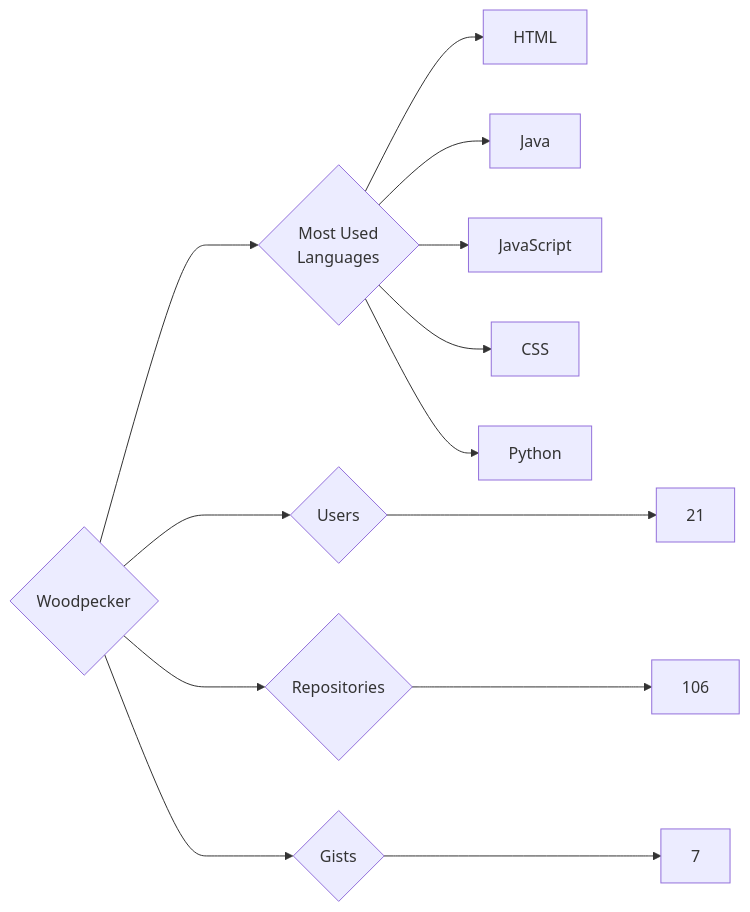
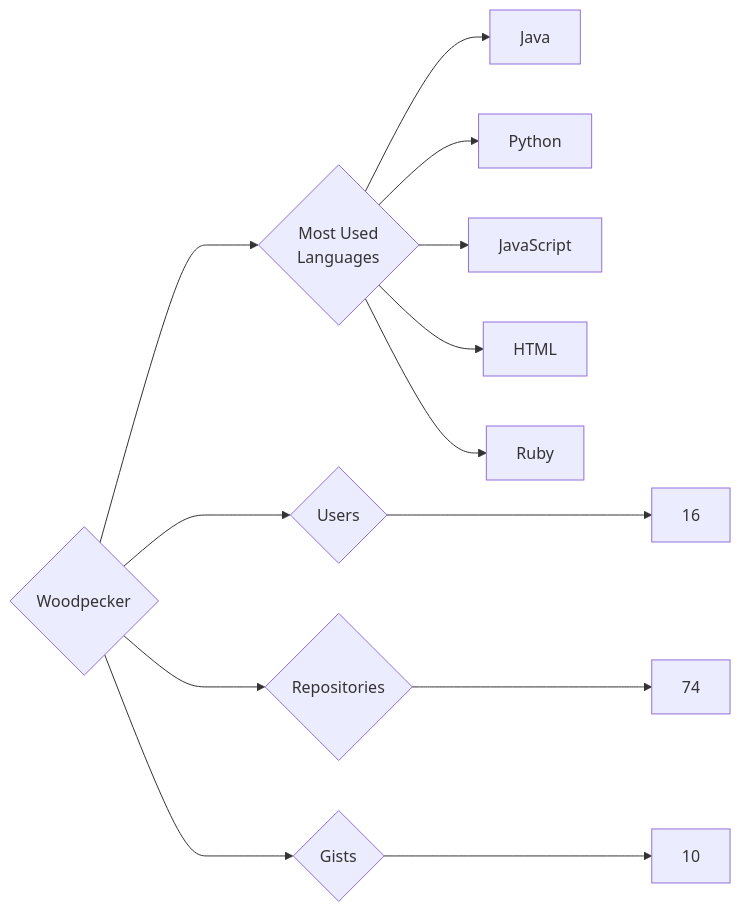
The diagram in targets/Woodpecker/README.md (trickest/insiders), drawn with Mermaid before and after one commit. The commit also changed 912 other files, not shown here.

````diff
--- a/targets/Woodpecker/README.md
+++ b/targets/Woodpecker/README.md
@@ -3,13 +3,13 @@
 ```mermaid
 graph LR
 COMPANY_NAME{Woodpecker}
-COMPANY_NAME ---> U{Users} ---> UN[21]
-COMPANY_NAME ---> R{Repositories} ---> RN[106]
-COMPANY_NAME ---> G{Gists} ---> GN[7]
+COMPANY_NAME ---> U{Users} ---> UN[16]
+COMPANY_NAME ---> R{Repositories} ---> RN[74]
+COMPANY_NAME ---> G{Gists} ---> GN[10]
 COMPANY_NAME ---> ML{Most Used<br>Languages}
+ML --> Java[Java]
+ML --> Python[Python]
+ML --> JavaScript[JavaScript]
 ML --> HTML[HTML]
-ML --> Java[Java]
-ML --> JavaScript[JavaScript]
-ML --> CSS[CSS]
-ML --> Python[Python]
+ML --> Ruby[Ruby]
 ```
````
